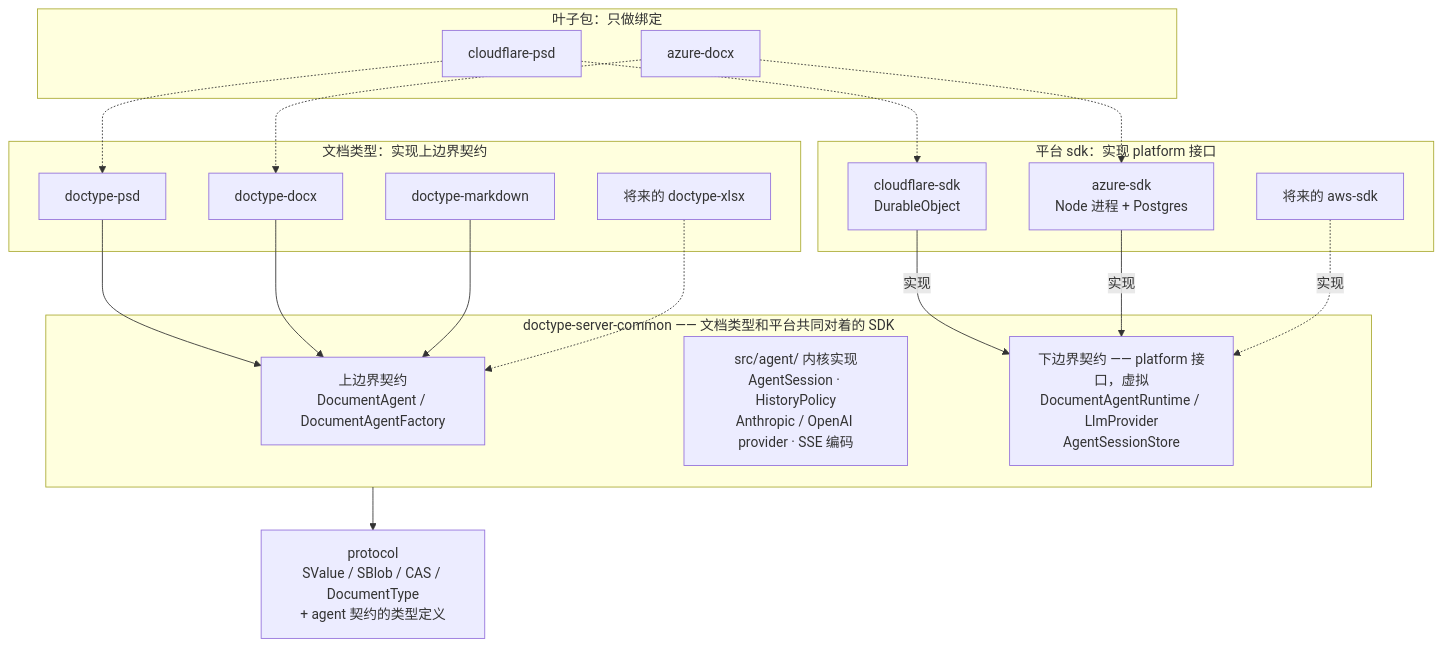
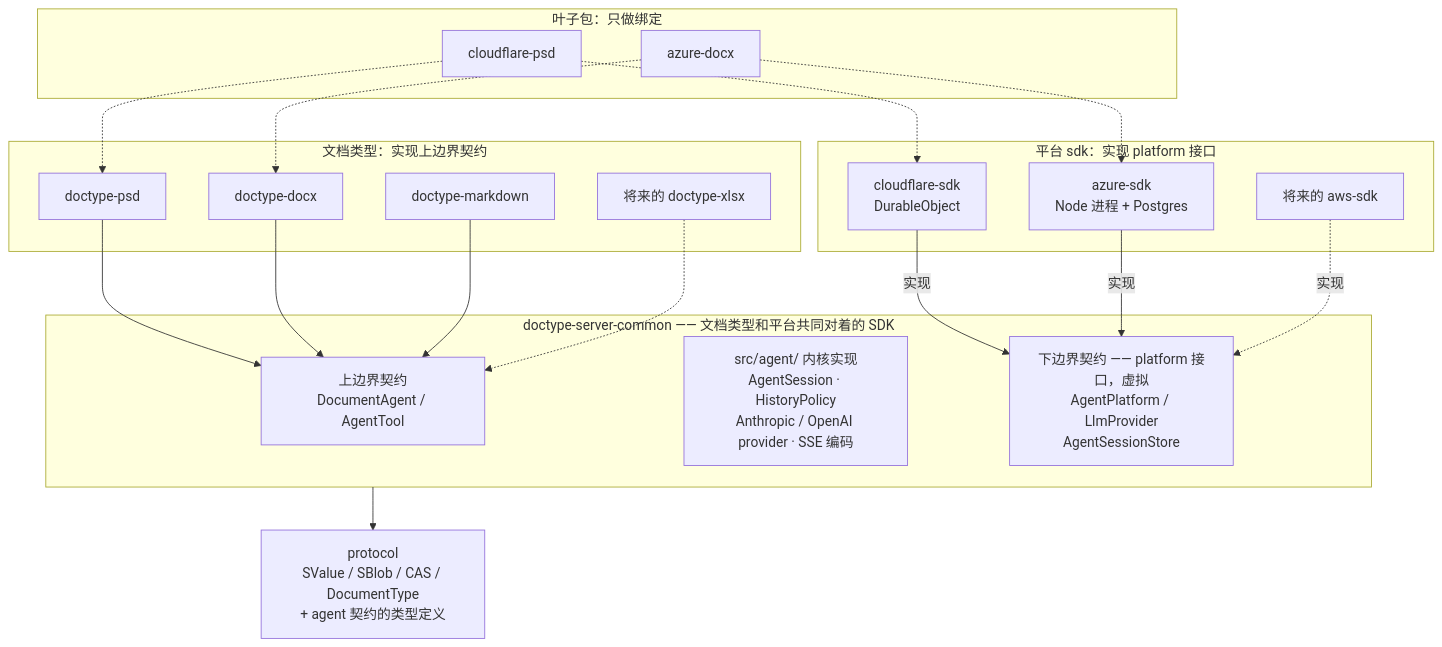
The fourth of 16 diagrams in docs/superpowers/specs/2026-08-26-agent-sdk-design.md (shazhou-ww/unidocs), drawn with Mermaid before and after one commit. The commit also changed other lines of this file, not shown here.

First line of the commit message:
docs(agent-sdk): 去掉文档类型持有的平台句柄,工具改为纯数据 + 纯函数

````diff
--- a/docs/superpowers/specs/2026-08-26-agent-sdk-design.md
+++ b/docs/superpowers/specs/2026-08-26-agent-sdk-design.md
@@ -279,44 +279,44 @@
 ```mermaid
 flowchart TB
     subgraph dt["文档类型：实现上边界契约"]
         psd["doctype-psd"]
         docx["doctype-docx"]
         md["doctype-markdown"]
         xlsx["将来的 doctype-xlsx"]
     end
 
     subgraph sdk["doctype-server-common —— 文档类型和平台共同对着的 SDK"]
-        UP["上边界契约<br/>DocumentAgent / DocumentAgentFactory"]
+        UP["上边界契约<br/>DocumentAgent / AgentTool"]
         KERNEL["src/agent/ 内核实现<br/>AgentSession · HistoryPolicy<br/>Anthropic / OpenAI provider · SSE 编码"]
-        DOWN["下边界契约 —— platform 接口，虚拟<br/>DocumentAgentRuntime / LlmProvider<br/>AgentSessionStore"]
+        DOWN["下边界契约 —— platform 接口，虚拟<br/>AgentPlatform / LlmProvider<br/>AgentSessionStore"]
     end
 
     subgraph plat["平台 sdk：实现 platform 接口"]
         cf["cloudflare-sdk<br/>DurableObject"]
         az["azure-sdk<br/>Node 进程 + Postgres"]
         aws["将来的 aws-sdk"]
     end
 
     subgraph leaf["叶子包：只做绑定"]
         L1["cloudflare-psd"]
         L2["azure-docx"]
     end
 
     proto["protocol<br/>SValue / SBlob / CAS / DocumentType<br/>+ agent 契约的类型定义"]
 
     psd --> UP
     docx --> UP
     md --> UP
     xlsx -.-> UP
 
     cf -->|"实现"| DOWN
     az -->|"实现"| DOWN
     aws -.->|"实现"| DOWN
 
     sdk --> proto
 
     L1 -.-> psd
     L1 -.-> cf
     L2 -.-> docx
     L2 -.-> az
 ```
````
